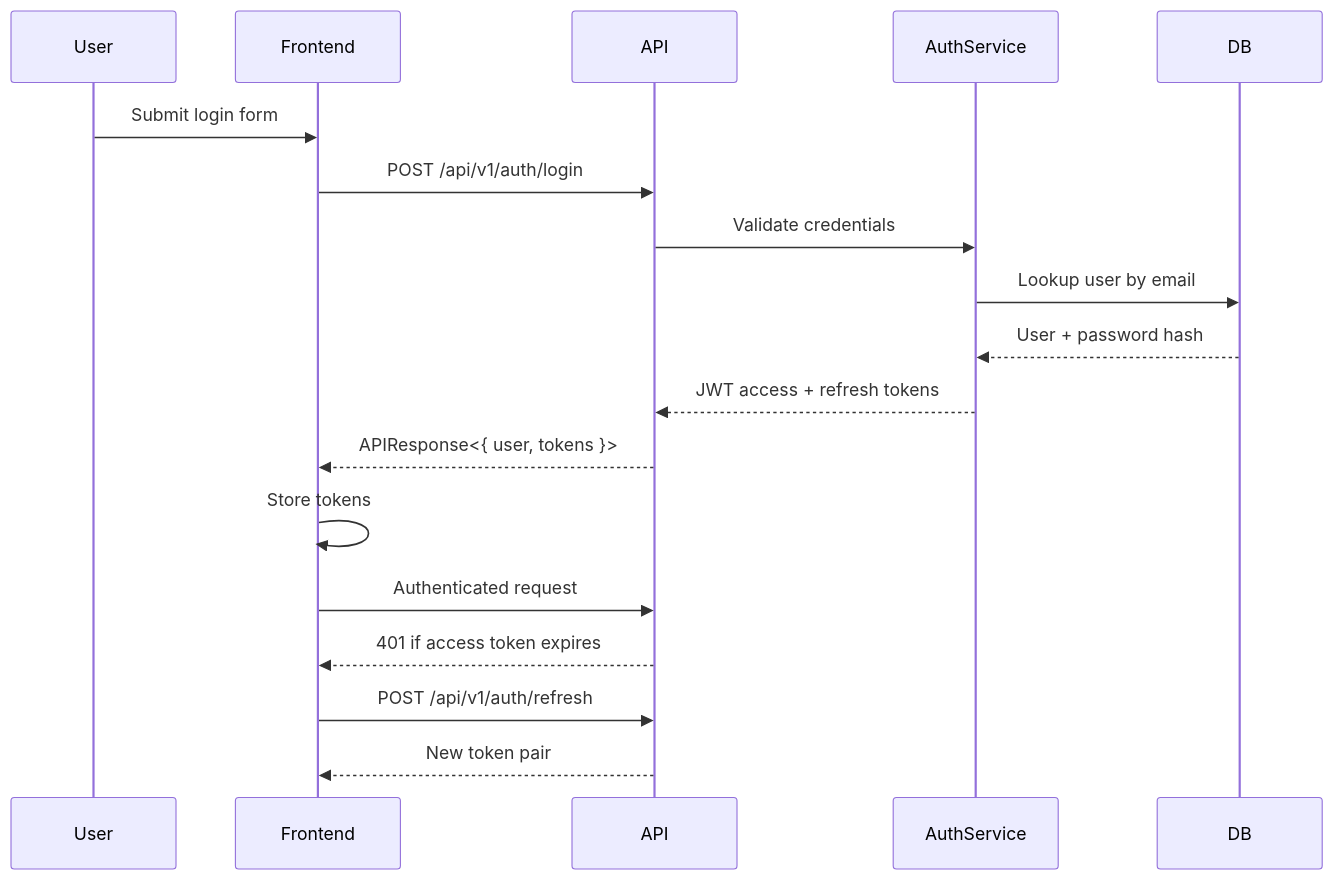
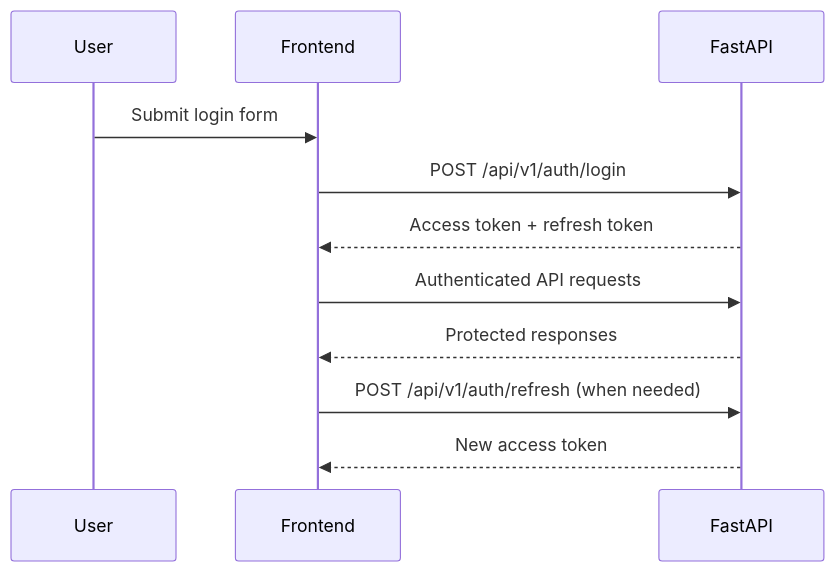
One commit to Shubhankar0126/Sentinel---AI changed the second of 2 diagrams in README.md. Above: the diagram before and after it, drawn with Mermaid. The commit also changed other lines of this file, not shown here.

````diff
--- a/README.md
+++ b/README.md
@@ -890,21 +132,14 @@
 ```mermaid
 sequenceDiagram
-    participant User
-    participant Frontend
-    participant API
-    participant AuthService
-    participant DB
+    participant U as User
+    participant F as Frontend
+    participant B as FastAPI
 
-    User->>Frontend: Submit login form
-    Frontend->>API: POST /api/v1/auth/login
-    API->>AuthService: Validate credentials
-    AuthService->>DB: Lookup user by email
-    DB-->>AuthService: User + password hash
-    AuthService-->>API: JWT access + refresh tokens
-    API-->>Frontend: APIResponse<{ user, tokens }>
-    Frontend->>Frontend: Store tokens
-    Frontend->>API: Authenticated request
-    API-->>Frontend: 401 if access token expires
-    Frontend->>API: POST /api/v1/auth/refresh
-    API-->>Frontend: New token pair
+    U->>F: Submit login form
+    F->>B: POST /api/v1/auth/login
+    B-->>F: Access token + refresh token
+    F->>B: Authenticated API requests
+    B-->>F: Protected responses
+    F->>B: POST /api/v1/auth/refresh (when needed)
+    B-->>F: New access token
 ```
````
